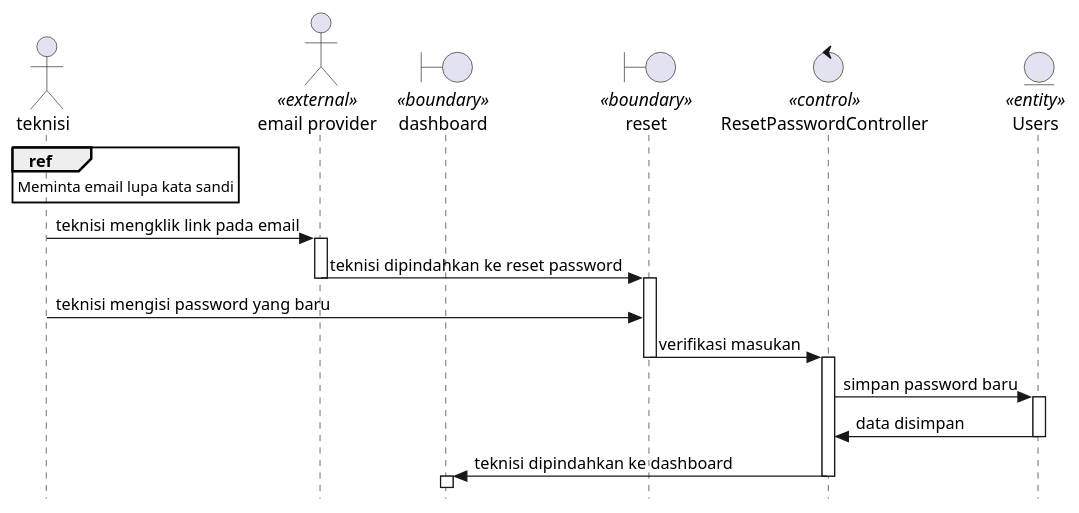
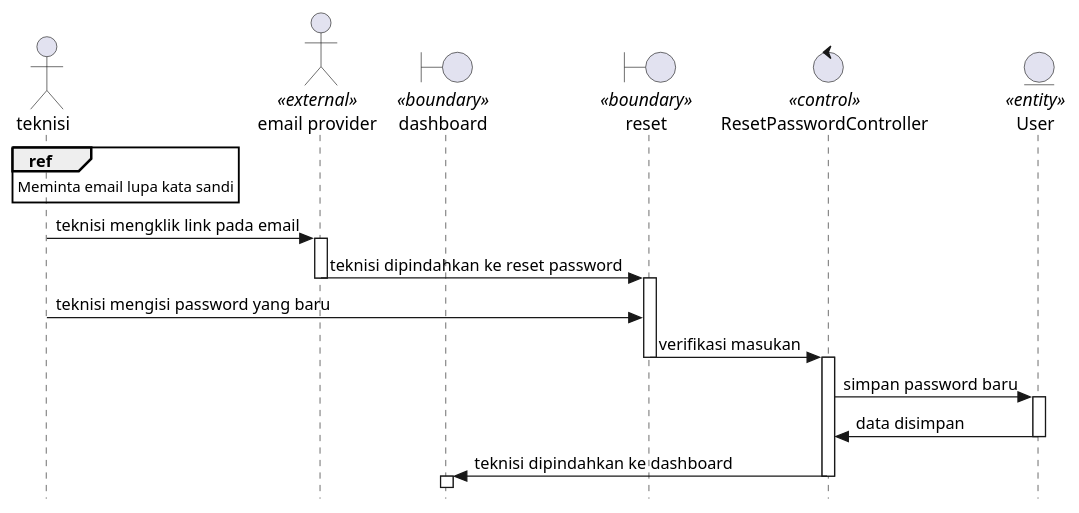
One commit to KPL-slur/eec-sifse-fixed changed the second of 2 diagrams in Docs/diagrams/sequence/forget.plantuml. Above: the diagram before and after it, drawn with PlantUML. The commit also changed 5 other files, not shown here.

```diff
--- a/Docs/diagrams/sequence/forget.plantuml
+++ b/Docs/diagrams/sequence/forget.plantuml
@@ -20,32 +20,32 @@
 @startuml doReset
 
 skinparam style strictuml
 
 actor teknisi
 actor "email provider" as email <<external>>
 boundary dashboard <<boundary>>
 boundary reset <<boundary>>
 control ResetPasswordController <<control>>
-entity Users <<entity>>
+entity User <<entity>>
 
 ref over teknisi : Meminta email lupa kata sandi 
 
 teknisi -> email : teknisi mengklik link pada email
     activate email
 email -> reset : teknisi dipindahkan ke reset password
     deactivate email
     activate reset
 
 teknisi -> reset : teknisi mengisi password yang baru
 reset -> ResetPasswordController : verifikasi masukan
     deactivate reset
     activate ResetPasswordController
-ResetPasswordController -> Users : simpan password baru
-    activate Users
-Users -> ResetPasswordController : data disimpan
-    deactivate Users
+ResetPasswordController -> User : simpan password baru
+    activate User
+User -> ResetPasswordController : data disimpan
+    deactivate User
 ResetPasswordController -> dashboard : teknisi dipindahkan ke dashboard
     deactivate ResetPasswordController
     activate dashboard
 
 @enduml
```
